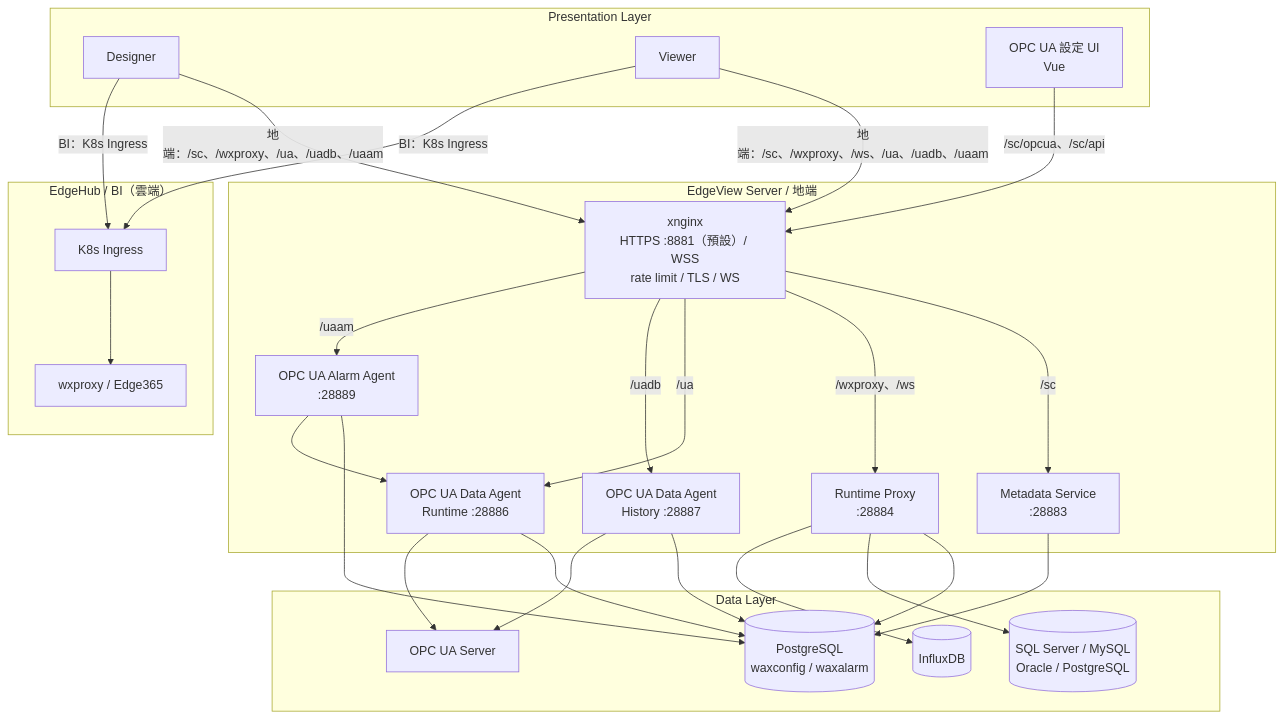
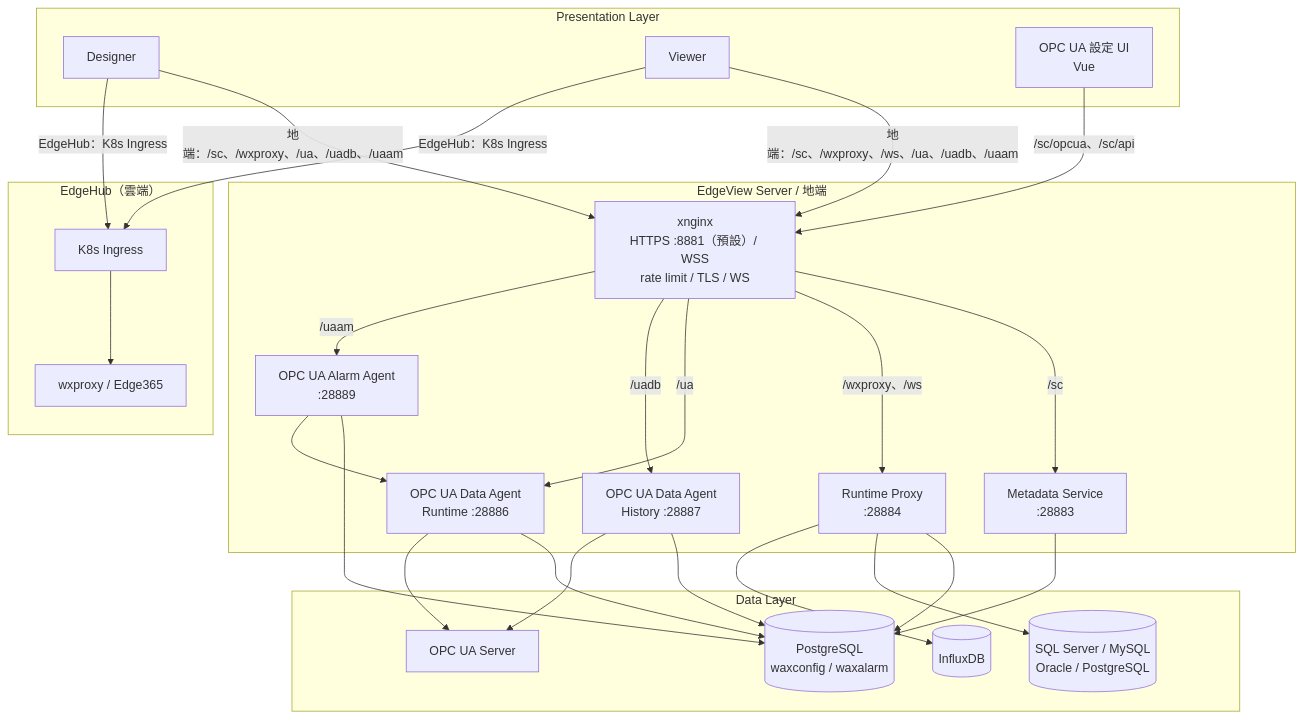
Before and after one commit to PochengChen-del/EdgeViewDoc: the first of 8 diagrams in SDS/02_System_Architecture.md, drawn with Mermaid. The commit also changed other lines of this file and 16 other files, not shown here.

Commit message:
文件中 BI 產品名更改為 EdgeHub

````diff
--- a/SDS/02_System_Architecture.md
+++ b/SDS/02_System_Architecture.md
@@ -15,53 +15,53 @@
 ```mermaid
 flowchart TB
     subgraph Presentation["Presentation Layer"]
         Designer["Designer"]
         Viewer["Viewer"]
         Vue["OPC UA 設定 UI<br/>Vue"]
     end
 
     subgraph Edge["EdgeView Server / 地端"]
         NG["xnginx<br/>HTTPS :8881（預設）/ WSS<br/>rate limit / TLS / WS"]
         Meta["Metadata Service<br/>:28883"]
         Proxy["Runtime Proxy<br/>:28884"]
         RT["OPC UA Data Agent<br/>Runtime :28886"]
         HIS["OPC UA Data Agent<br/>History :28887"]
         ALM["OPC UA Alarm Agent<br/>:28889"]
     end
 
-    subgraph BI["EdgeHub / BI（雲端）"]
+    subgraph EdgeHub["EdgeHub（雲端）"]
         ING["K8s Ingress"]
         Cloud["wxproxy / Edge365"]
     end
 
     subgraph Data["Data Layer"]
         PG[(PostgreSQL<br/>waxconfig / waxalarm)]
         ExtDB[(SQL Server / MySQL<br/>Oracle / PostgreSQL)]
         Influx[(InfluxDB)]
         OPC[OPC UA Server]
     end
 
     Designer -->|地端：/sc、/wxproxy、/ua、/uadb、/uaam| NG
     Viewer -->|地端：/sc、/wxproxy、/ws、/ua、/uadb、/uaam| NG
     Vue -->|/sc/opcua、/sc/api| NG
-    Designer -->|BI：K8s Ingress| ING
-    Viewer -->|BI：K8s Ingress| ING
+    Designer -->|EdgeHub：K8s Ingress| ING
+    Viewer -->|EdgeHub：K8s Ingress| ING
     ING --> Cloud
 
     NG -->|/sc| Meta
     NG -->|/wxproxy、/ws| Proxy
     NG -->|/ua| RT
     NG -->|/uadb| HIS
     NG -->|/uaam| ALM
 
     Meta --> PG
     Proxy --> PG
     RT --> PG
     HIS --> PG
     ALM --> PG
     Proxy --> ExtDB
     Proxy --> Influx
     RT --> OPC
     HIS --> OPC
     ALM --> RT
 ```
````
